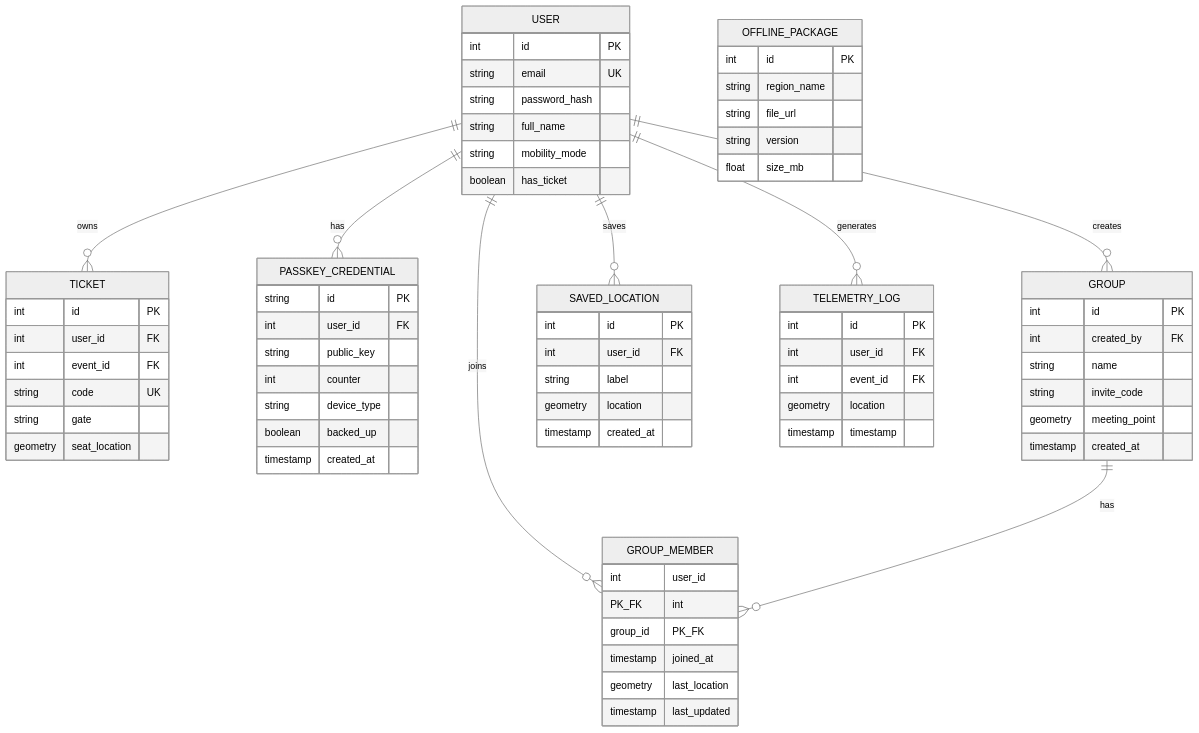
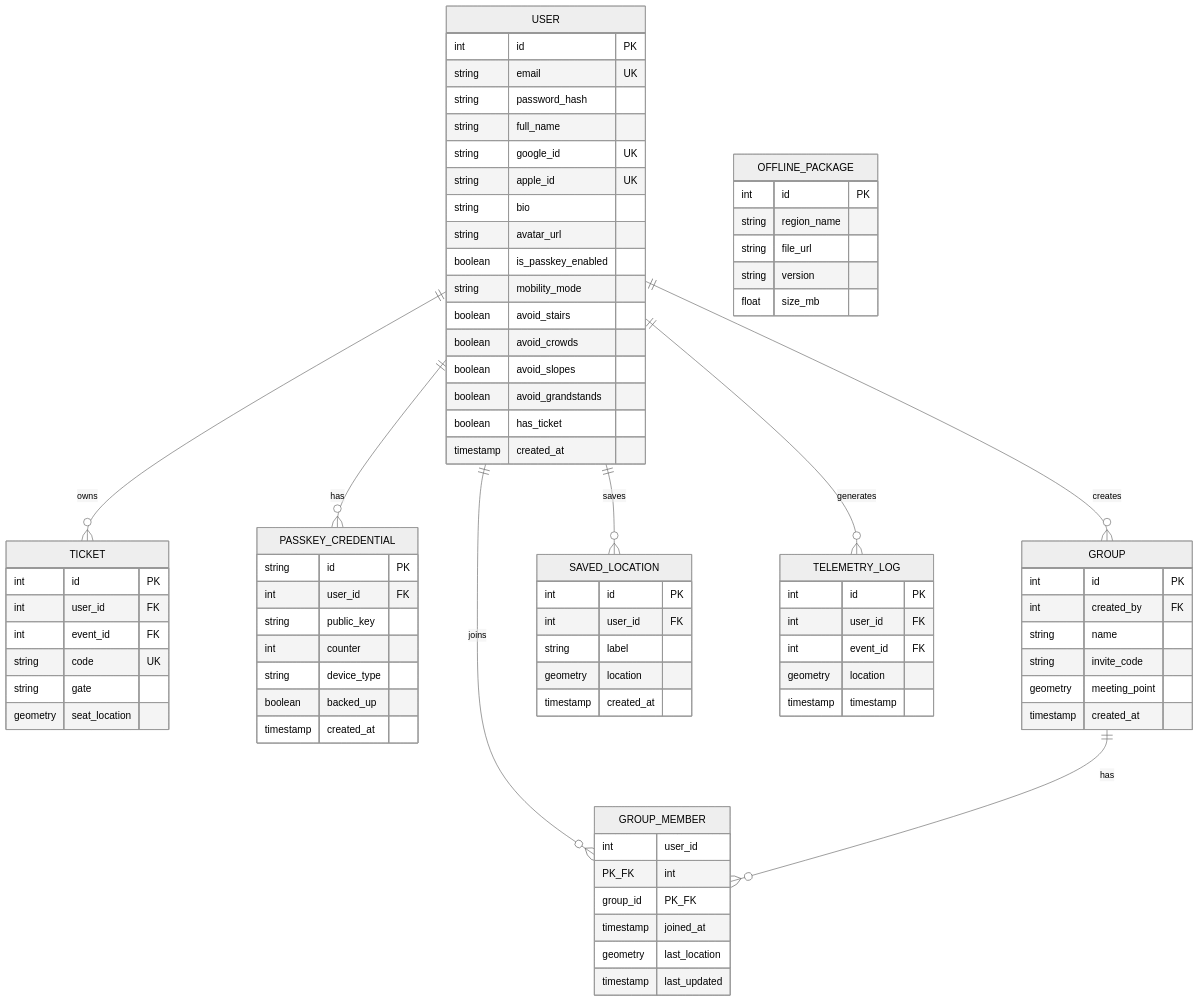
The second of 2 diagrams in apps/docs/pages/architecture/database-schema.mdx (lattice-product-team/app_lattice_project), drawn with Mermaid (neutral theme) before and after one commit. The commit also changed other lines of this file and 37 other files, not shown here.

Commit message:
refactor: remove ADR documents, update database schema, and add prototype UI assets

```diff
--- a/apps/docs/pages/architecture/database-schema.mdx
+++ b/apps/docs/pages/architecture/database-schema.mdx
@@ -76,8 +77,18 @@
         string email UK
         string password_hash
         string full_name
+        string google_id UK
+        string apple_id UK
+        string bio
+        string avatar_url
+        boolean is_passkey_enabled
         string mobility_mode
+        boolean avoid_stairs
+        boolean avoid_crowds
+        boolean avoid_slopes
+        boolean avoid_grandstands
         boolean has_ticket
+        timestamp created_at
     }
 
     TICKET {
```
